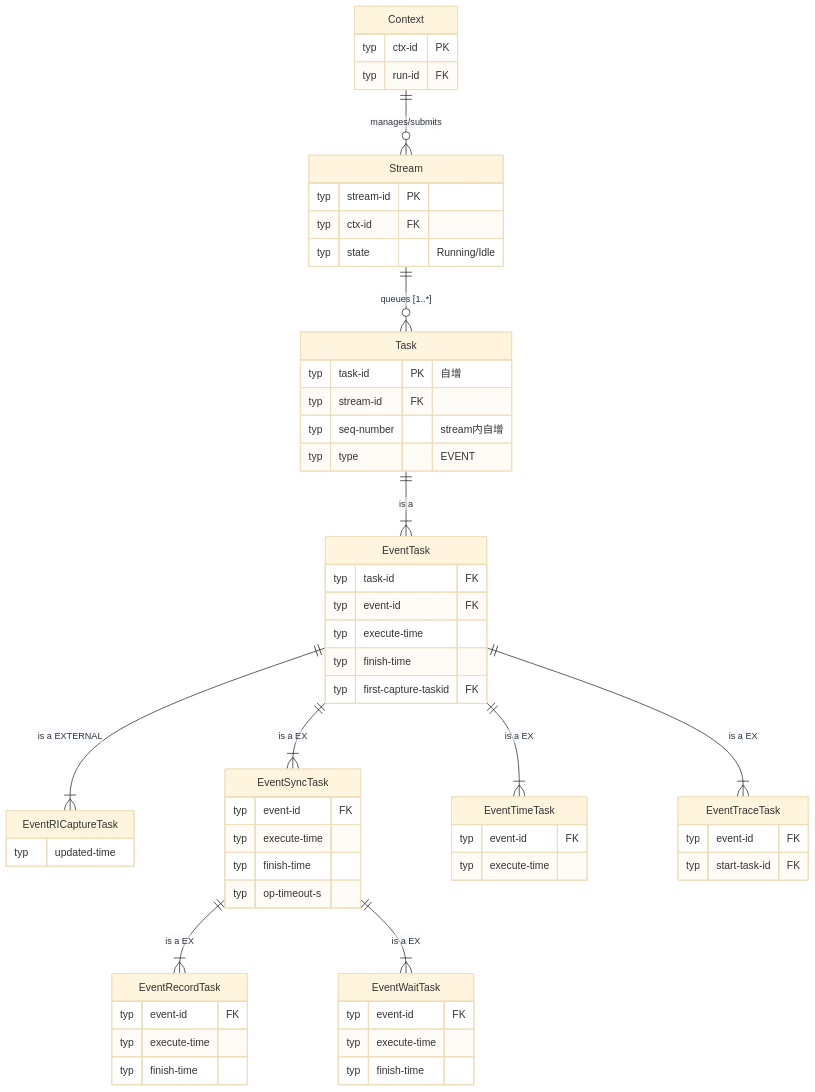
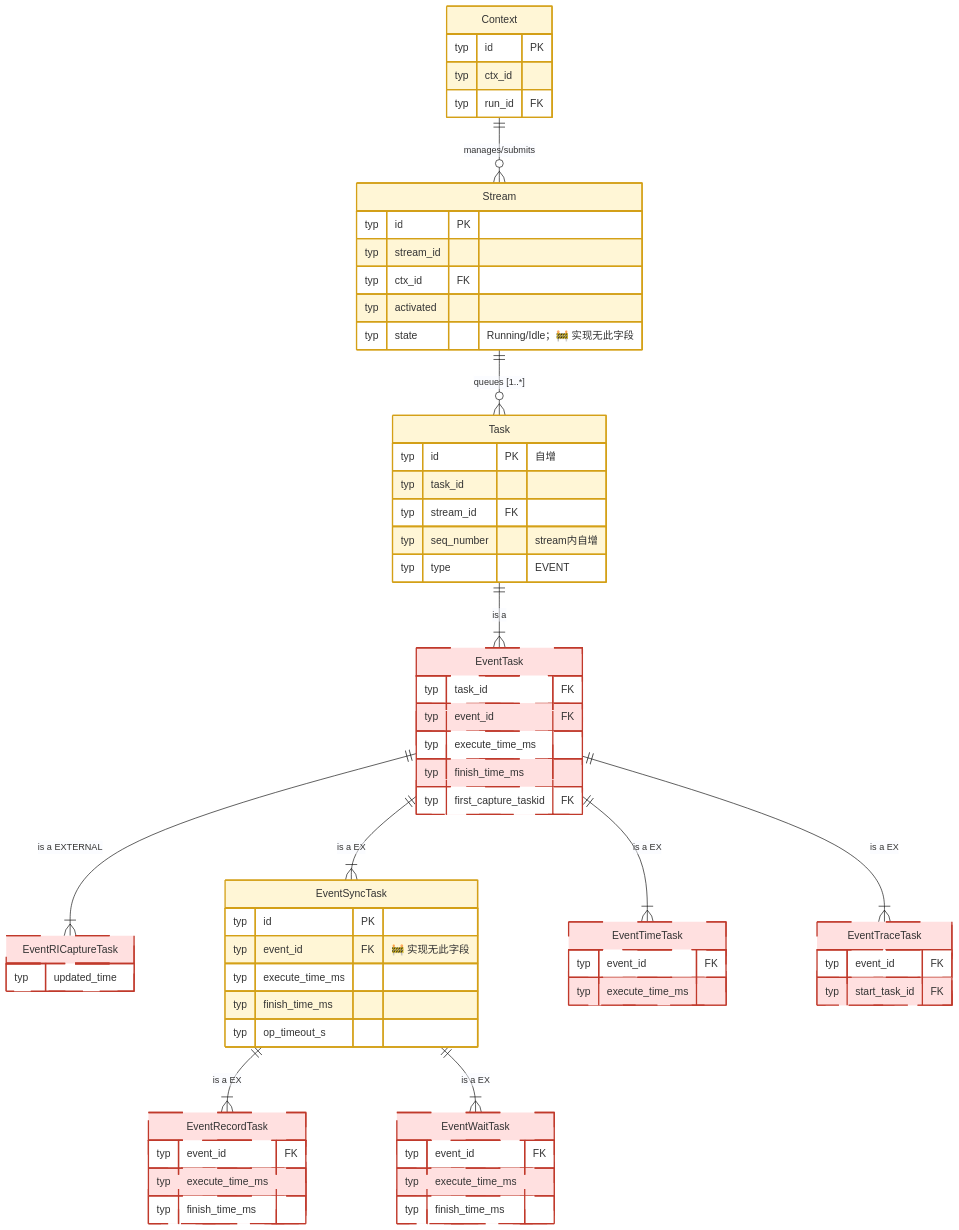
One commit to Fengfengst123/hcomm-mirror changed diagram 11 of 19 in test/hccl_vm/docs/simulator_runner_data_model.md. Above: the diagram before and after it, drawn with Mermaid (base theme). The commit also changed other lines of this file and 701 other files, not shown here.

````diff
--- a/test/hccl_vm/docs/simulator_runner_data_model.md
+++ b/test/hccl_vm/docs/simulator_runner_data_model.md
@@ -761,66 +940,73 @@
 ```mermaid
 erDiagram
     Context {
-        typ ctx-id PK
-        typ run-id FK
+        typ id PK
+        typ ctx_id
+        typ run_id FK
     }
 
     Stream {
-        typ stream-id PK
-        typ ctx-id FK
-        typ state "Running/Idle"
+        typ id PK
+        typ stream_id
+        typ ctx_id FK
+        typ activated
+        typ state "Running/Idle；🚧 实现无此字段"
     }
+    %% 实现无 state 字段；运行态由 activated/capture_status/task_complete_status 表达
 
     %% Stream 包含有序的任务列表
     Context ||--o{ Stream : "manages/submits"
     Stream ||--o{ Task : "queues [1..*]"
 
     Task {
-        typ task-id PK "自增"
-        typ stream-id FK
-        typ seq-number "stream内自增"
+        typ id PK "自增"
+        typ task_id
+        typ stream_id FK
+        typ seq_number "stream内自增"
         typ type "EVENT"
     }
 
     %% 各种具体的 Task 类型 (逻辑上的继承关系)
     EventTask {
-        typ task-id FK
-        typ event-id FK
-        typ execute-time
-        typ finish-time 
-        typ first-capture-taskid  FK  
+        typ task_id FK
+        typ event_id FK
+        typ execute_time_ms
+        typ finish_time_ms
+        typ first_capture_taskid FK
     }
 
     EventRICaptureTask {
-        typ updated-time   
-    }  
+        typ updated_time
+    }
 
     EventSyncTask {
-        typ event-id FK
-        typ execute-time
-        typ finish-time 
-        typ op-timeout-s 
+        typ id PK
+        typ event_id FK "🚧 实现无此字段"
+        typ execute_time_ms
+        typ finish_time_ms
+        typ op_timeout_s
     }
     EventRecordTask {
-        typ event-id FK
-        typ execute-time
-        typ finish-time 
+        typ event_id FK
+        typ execute_time_ms
+        typ finish_time_ms
     }
     EventWaitTask {
-        typ event-id FK
-        typ execute-time
-        typ finish-time 
-    }    
+        typ event_id FK
+        typ execute_time_ms
+        typ finish_time_ms
+    }
     EventTimeTask {
-        typ event-id FK
-        typ execute-time     
+        typ event_id FK
+        typ execute_time_ms
     }
     EventTraceTask {
-        typ event-id FK
-        typ start-task-id  FK  
-    }      
+        typ event_id FK
+        typ start_task_id FK
+    }
 
-    %% 继承关系的逻辑表达 (Task 分为多种)
+    %% 🧠 可进程私有：Context / Stream / Task（仅 src/proxy 访问）
+    %% 继承关系的逻辑表达 (Task 分为多种)：以 Task.type 判别，实现只建 Task 表
     Task ||--|{ EventTask : "is a "
     EventTask ||--|{ EventRICaptureTask : "is a EXTERNAL"
     EventTask ||--|{ EventSyncTask : "is a EX"
@@ -828,4 +1014,9 @@
     EventTask ||--|{ EventTraceTask : "is a EX"
     EventSyncTask ||--|{ EventRecordTask : "is a EX"
     EventSyncTask ||--|{ EventWaitTask : "is a EX"
+
+    classDef unimplemented fill:#ffe0e0,stroke:#c0392b,stroke-width:2px,stroke-dasharray:5 3
+    classDef inproc fill:#fff6d6,stroke:#d4a017,stroke-width:2px
+    class EventTask,EventRICaptureTask,EventRecordTask,EventWaitTask,EventTimeTask,EventTraceTask unimplemented
+    class Context,Stream,Task,EventSyncTask inproc
 ```
````
